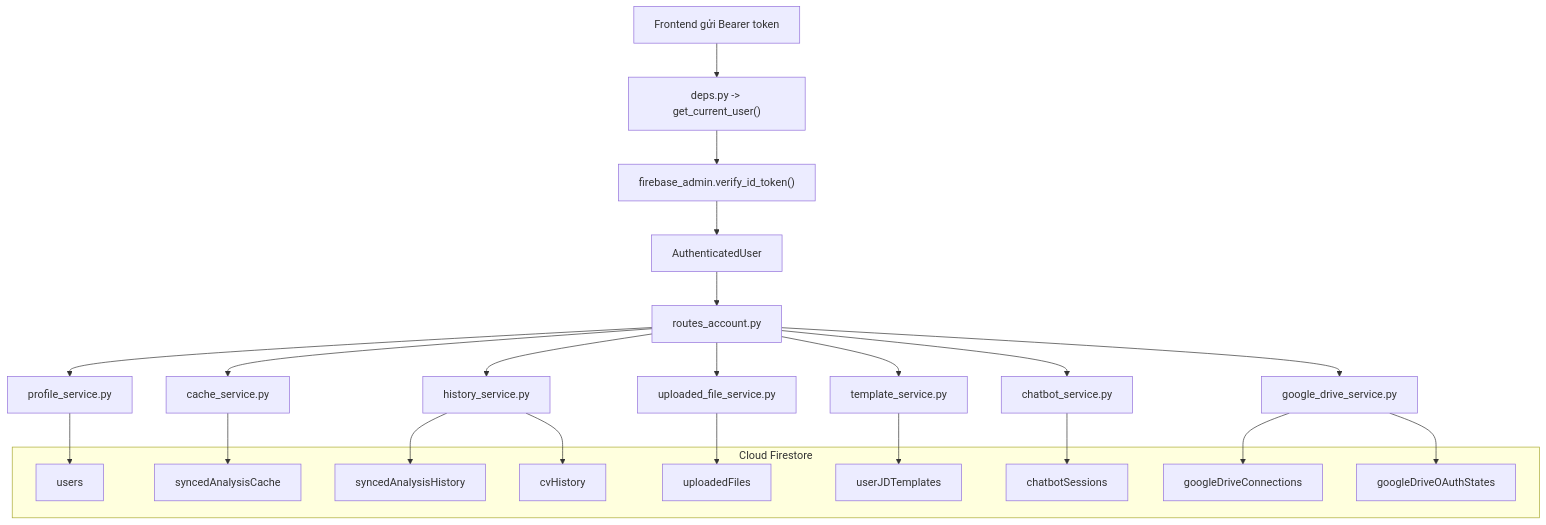
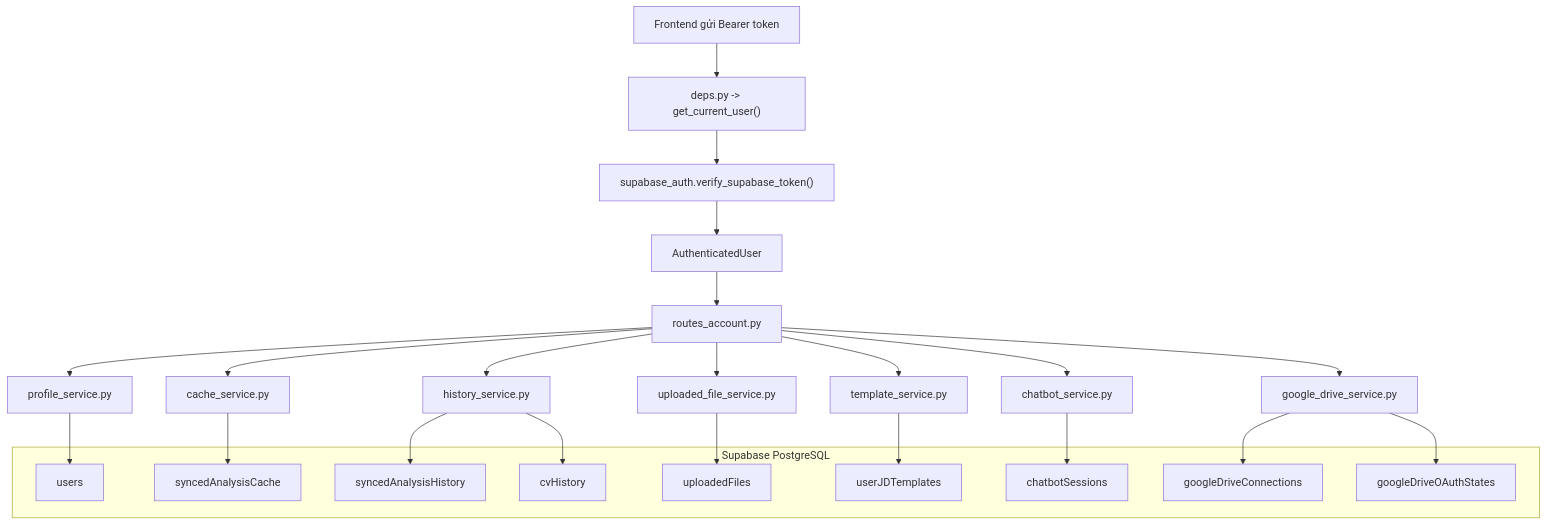
The fifth of 5 diagrams in api_server/docs/README.md (TechFutureAIFPT/ApiSupportHR-), drawn with Mermaid before and after one commit. The commit also changed other lines of this file and 68 other files, not shown here.

````diff
--- a/api_server/docs/README.md
+++ b/api_server/docs/README.md
@@ -344,38 +344,38 @@
 ```mermaid
 flowchart TD
     A1["Frontend gửi Bearer token"] --> A2["deps.py -> get_current_user()"]
-    A2 --> A3["firebase_admin.verify_id_token()"]
+    A2 --> A3["supabase_auth.verify_supabase_token()"]
     A3 --> A4["AuthenticatedUser"]
 
     A4 --> B1["routes_account.py"]
 
     B1 --> B2["profile_service.py"]
     B1 --> B3["cache_service.py"]
     B1 --> B4["history_service.py"]
     B1 --> B5["uploaded_file_service.py"]
     B1 --> B6["template_service.py"]
     B1 --> B7["chatbot_service.py"]
     B1 --> B8["google_drive_service.py"]
 
     B2 --> C1["users"]
     B3 --> C2["syncedAnalysisCache"]
     B4 --> C3["syncedAnalysisHistory"]
     B4 --> C4["cvHistory"]
     B5 --> C5["uploadedFiles"]
     B6 --> C6["userJDTemplates"]
     B7 --> C7["chatbotSessions"]
     B8 --> C8["googleDriveConnections"]
     B8 --> C9["googleDriveOAuthStates"]
 
-    subgraph FIRE["Cloud Firestore"]
+    subgraph FIRE["Supabase PostgreSQL"]
         C1
         C2
         C3
         C4
         C5
         C6
         C7
         C8
         C9
     end
 ```
````
